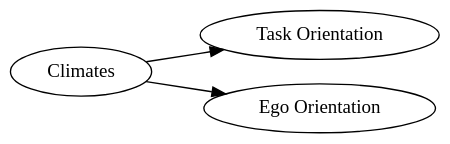
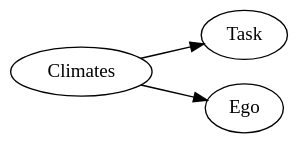
Before and after one commit to GermanoGallicchio/learning: the sixth of 8 diagrams in JXHC_1055/02.qmd, drawn with Graphviz. The commit also changed other lines of this file, not shown here.

````diff
--- a/JXHC_1055/02.qmd
+++ b/JXHC_1055/02.qmd
@@ -446,13 +506,13 @@
 ```{dot}
 //| fig-width: 6
 digraph G {
     rankdir=LR;
     bgcolor="transparent";
     
     O [label="Climates"];
-    A [label="Task Orientation"];
-    B [label="Ego Orientation"];
+    A [label="Task"];
+    B [label="Ego"];
     O -> A ;
     O -> B;
 }
 ```
````
